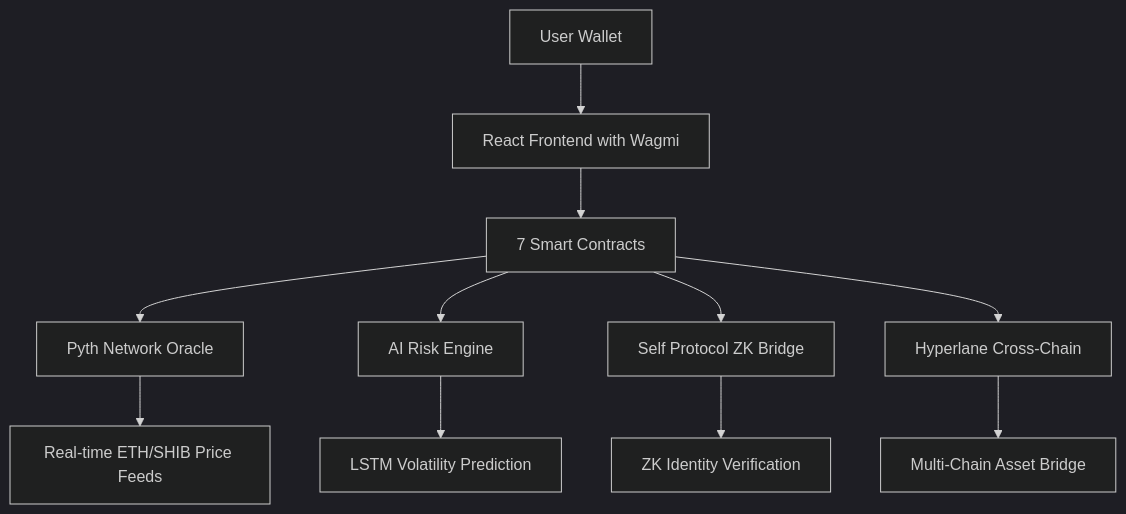
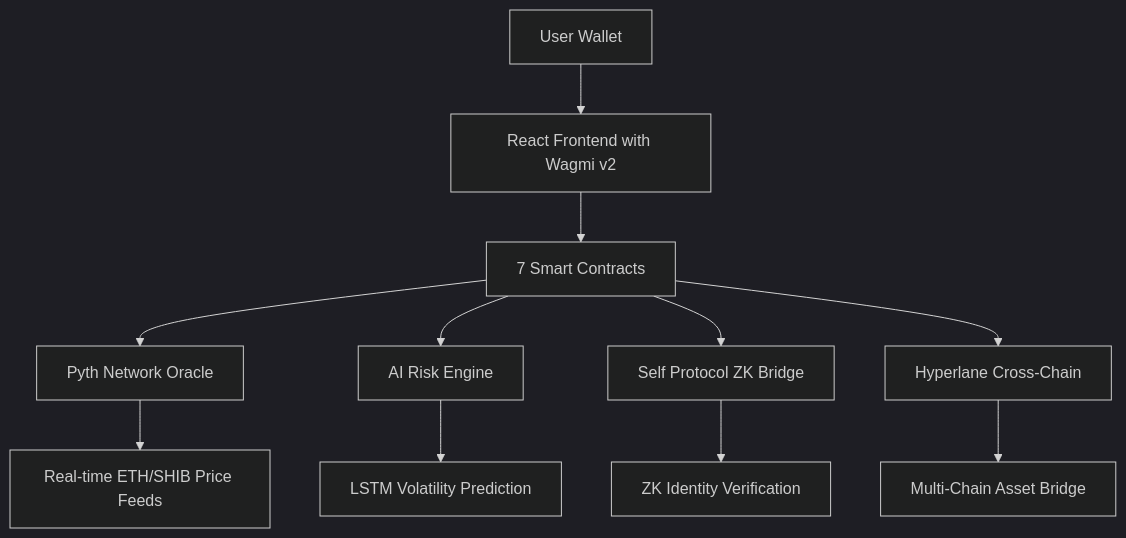
One commit to vijaygopalbalasa/ZKRisk changed the diagram in README.md. Above: the diagram before and after it, drawn with Mermaid (dark theme). The commit also changed other lines of this file and 1 other file, not shown here.

````diff
--- a/README.md
+++ b/README.md
@@ -41,14 +41,14 @@
 ```mermaid
 graph TB
-    A[User Wallet] --> B[React Frontend with Wagmi]
+    A[User Wallet] --> B[React Frontend with Wagmi v2]
     B --> C[7 Smart Contracts]
     C --> D[Pyth Network Oracle]
     C --> E[AI Risk Engine]
     C --> F[Self Protocol ZK Bridge]
     C --> G[Hyperlane Cross-Chain]
 
     D --> H[Real-time ETH/SHIB Price Feeds]
     E --> I[LSTM Volatility Prediction]
     F --> J[ZK Identity Verification]
     G --> K[Multi-Chain Asset Bridge]
 ```
````
